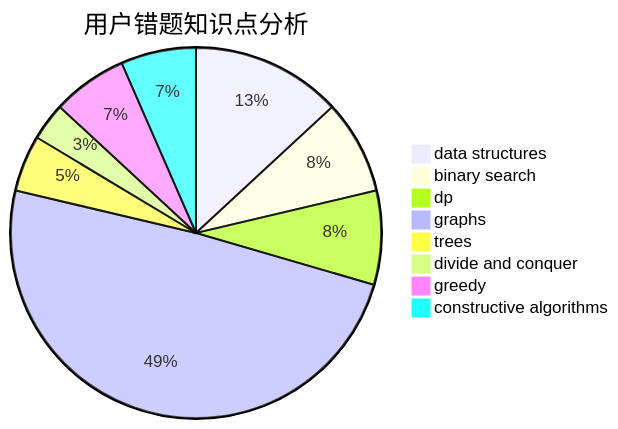
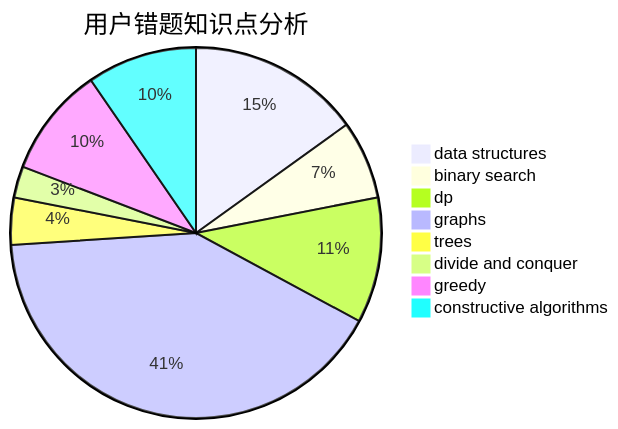
One commit to sherpahu/cfrs.github.io changed the third of 3 diagrams in docs/user/u1962.md. Above: the diagram before and after it, drawn with Mermaid. The commit also changed other lines of this file and 2770 other files, not shown here.

````diff
--- a/docs/user/u1962.md
+++ b/docs/user/u1962.md
@@ -36,11 +36,11 @@
 ```mermaid
 pie title 用户错题知识点分析
-    "data structures" :  8
+    "data structures" :  11
     "binary search" :  5
-    "dp" :  5
+    "dp" :  8
     "graphs" :  30
     "trees" :  3
     "divide and conquer" :  2
-    "greedy" :  4
-    "constructive algorithms" :  4
+    "greedy" :  7
+    "constructive algorithms" :  7
 ```
````
